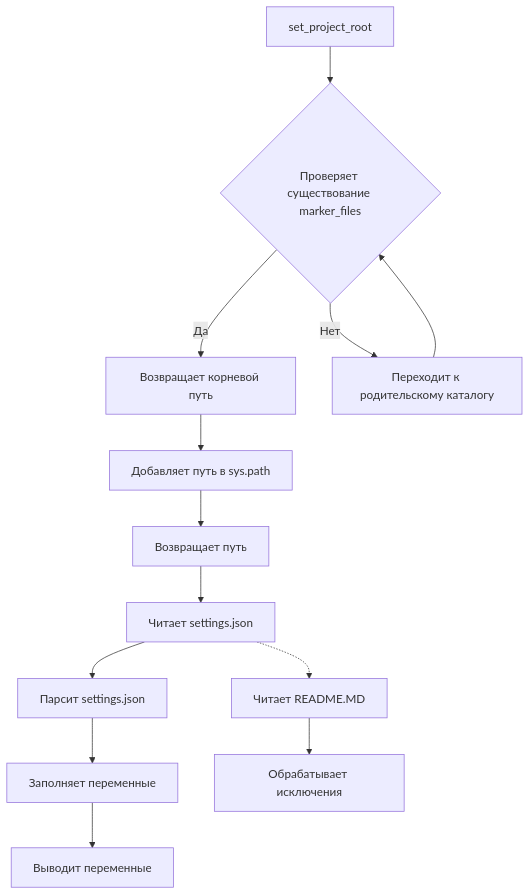
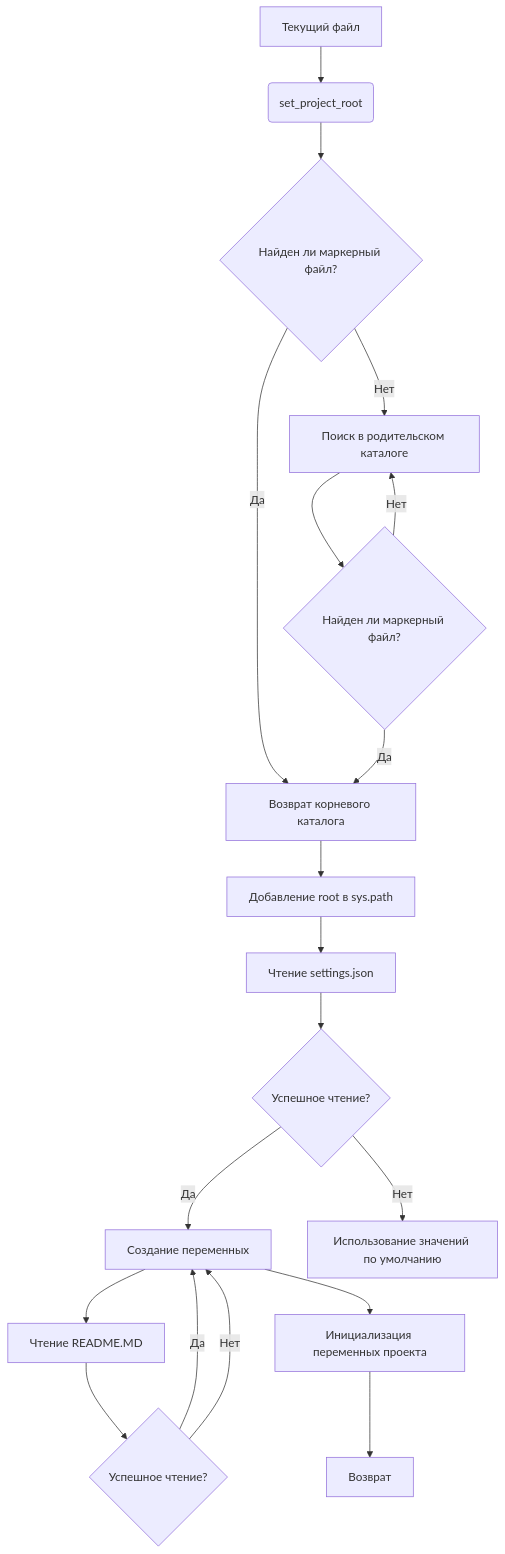
The diagram in docs/gemini/ru/explainer/src/gui/header.md (hypo69/hypo), drawn with Mermaid before and after one commit. The commit also changed other lines of this file and 877 other files, not shown here.

````diff
--- a/docs/gemini/ru/explainer/src/gui/header.md
+++ b/docs/gemini/ru/explainer/src/gui/header.md
@@ -119,15 +123,21 @@
 ```mermaid
 graph TD
-    A[set_project_root] --> B{Проверяет существование marker_files};
-    B -- Да --> C[Возвращает корневой путь];
-    B -- Нет --> D[Переходит к родительскому каталогу];
-    C --> E[Добавляет путь в sys.path]
-    E --> F[Возвращает путь]
-    D --> B;
-    F --> G[Читает settings.json];
-    G --> H[Парсит settings.json];
-    H --> I[Заполняет переменные];
-    G -.-> J[Читает README.MD];
-    J --> K[Обрабатывает исключения];
-    I --> L[Выводит переменные];
+    A[Текущий файл] --> B(set_project_root);
+    B --> C{Найден ли маркерный файл?};
+    C -- Да --> D[Возврат корневого каталога];
+    C -- Нет --> E[Поиск в родительском каталоге];
+    E --> F{Найден ли маркерный файл?};
+    F -- Да --> D;
+    F -- Нет --> E;
+    D --> G[Добавление root в sys.path];
+    G --> H[Чтение settings.json];
+    H --> I{Успешное чтение?};
+    I -- Да --> J[Создание переменных];
+    I -- Нет --> K[Использование значений по умолчанию];
+    J --> L[Чтение README.MD];
+    L --> M{Успешное чтение?};
+    M -- Да --> J;
+    M -- Нет --> J;
+    J --> N[Инициализация переменных проекта];
+    N --> O[Возврат];
 ```
````
